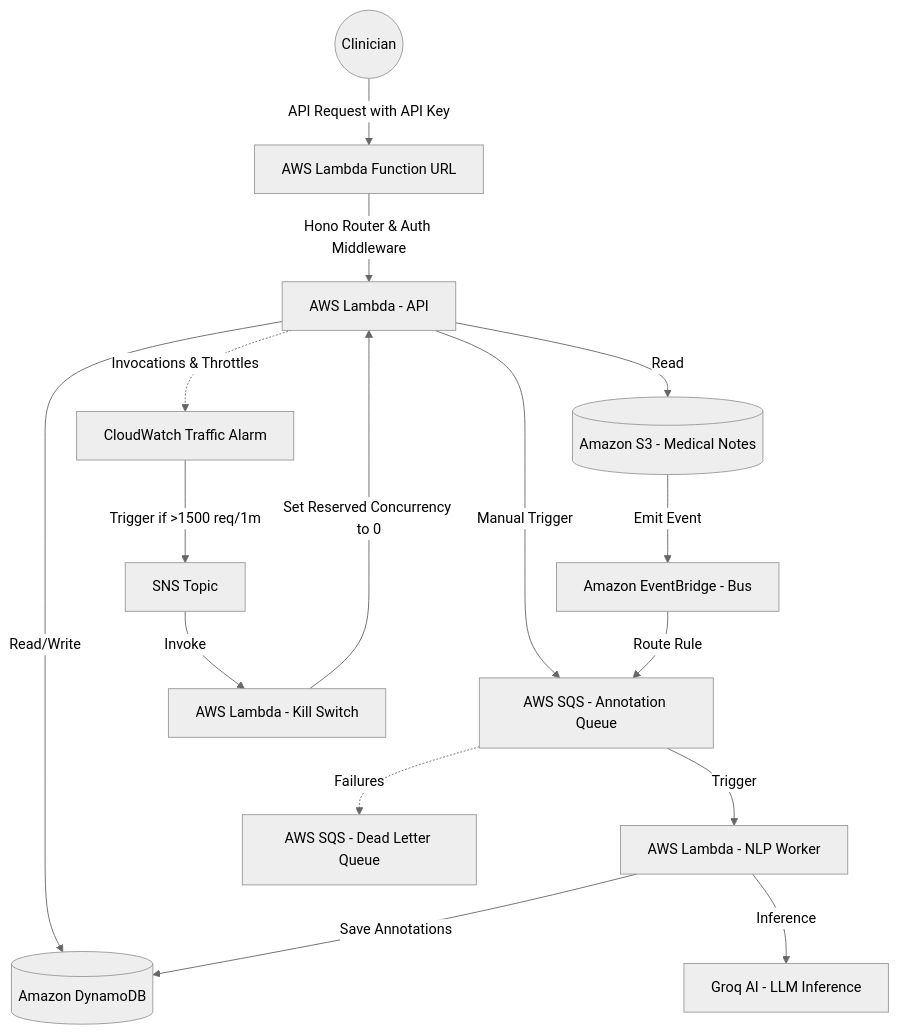
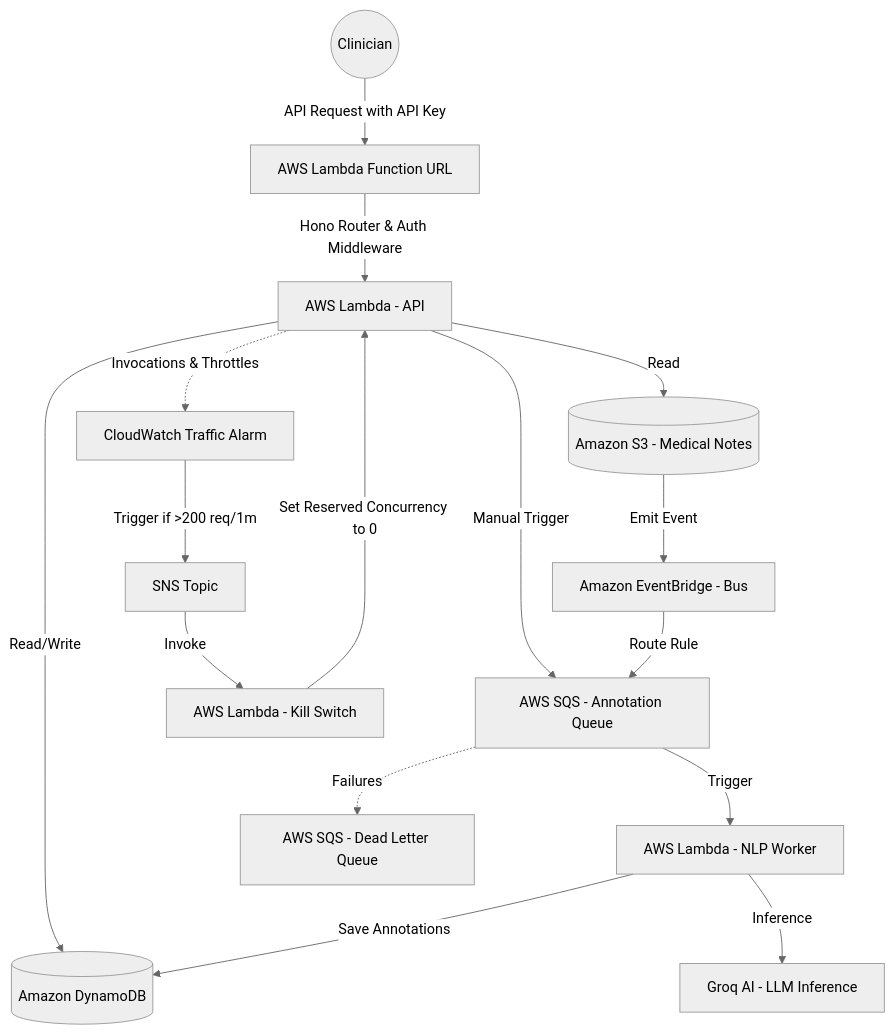
One commit to harsh-vardhhan/EHR-backend changed the diagram in README.md. Above: the diagram before and after it, drawn with Mermaid (neutral theme). The commit also changed other lines of this file, not shown here.

````diff
--- a/README.md
+++ b/README.md
@@ -26,22 +26,22 @@
 ```mermaid
 graph TD
     User((Clinician)) -->|API Request with API Key| LambdaURL[AWS Lambda Function URL]
     LambdaURL -->|Hono Router & Auth Middleware| LambdaAPI[AWS Lambda - API]
     LambdaAPI -->|Read/Write| DynamoDB[(Amazon DynamoDB)]
     LambdaAPI -->|Read| S3[(Amazon S3 - Medical Notes)]
     LambdaAPI -->|Manual Trigger| SQS[AWS SQS - Annotation Queue]
 
     S3 -->|Emit Event| EB[Amazon EventBridge - Bus]
     EB -->|Route Rule| SQS[AWS SQS - Annotation Queue]
     SQS -->|Trigger| LambdaWorker[AWS Lambda - NLP Worker]
     SQS -.->|Failures| DLQ[AWS SQS - Dead Letter Queue]
     
     LambdaWorker -->|Inference| Groq[Groq AI - LLM Inference]
     LambdaWorker -->|Save Annotations| DynamoDB
 
     %% DDoS Protection
     LambdaAPI -.->|Invocations & Throttles| CWAlarm[CloudWatch Traffic Alarm]
-    CWAlarm -->|Trigger if >1500 req/1m| SNS[SNS Topic]
+    CWAlarm -->|Trigger if >200 req/1m| SNS[SNS Topic]
     SNS -->|Invoke| LambdaKillSwitch[AWS Lambda - Kill Switch]
     LambdaKillSwitch -->|Set Reserved Concurrency to 0| LambdaAPI
 ```
````
